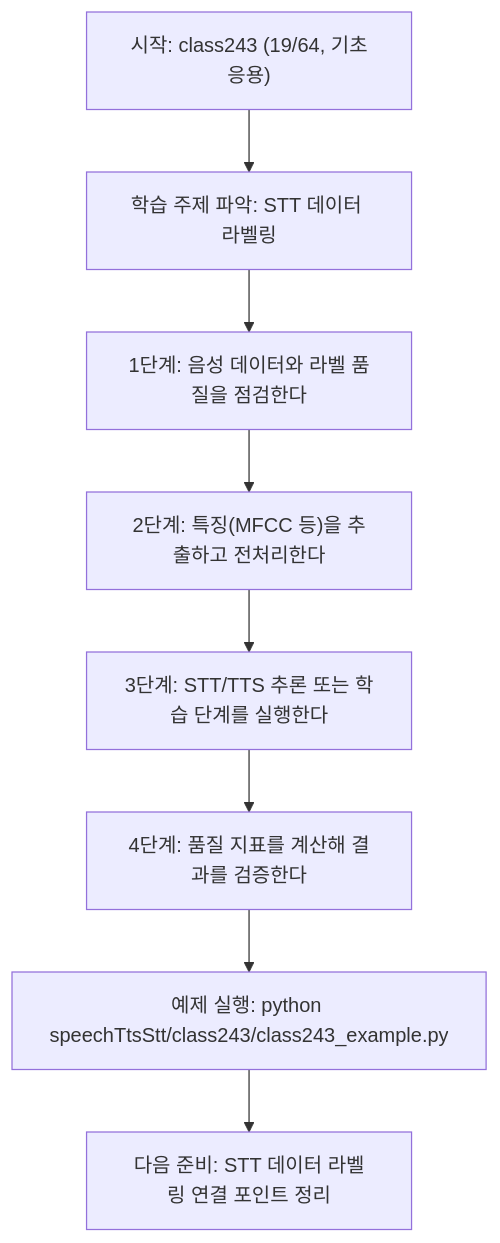
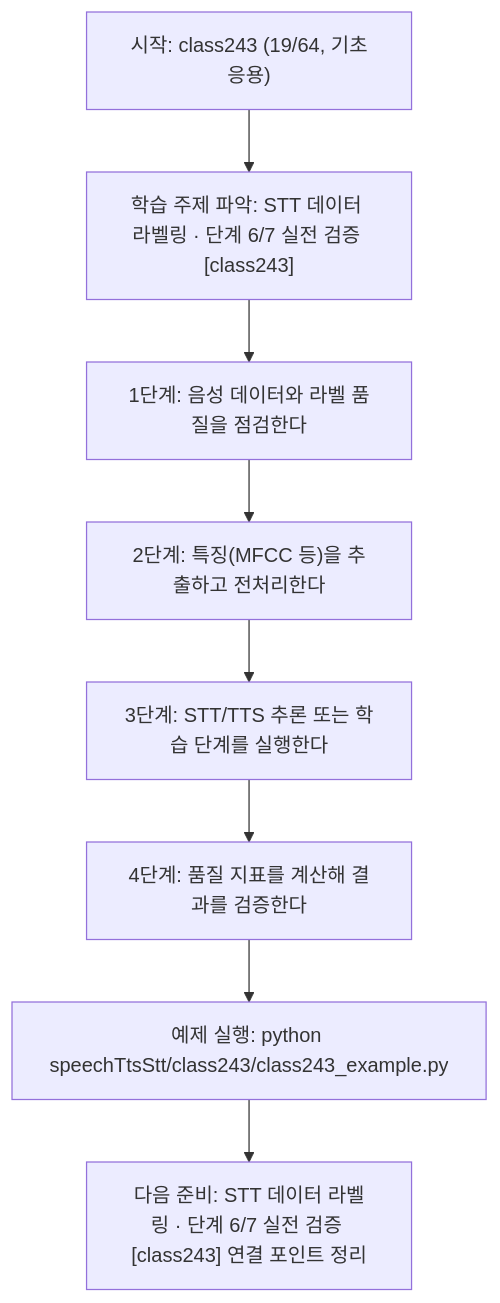
The diagram in speechTtsStt/class243/class243.md (edumgt/Python-AI_Agent-Class), drawn with Mermaid before and after one commit. The commit also changed other lines of this file and 522 other files, not shown here.

````diff
--- a/speechTtsStt/class243/class243.md
+++ b/speechTtsStt/class243/class243.md
@@ -113,18 +114,18 @@
 ```mermaid
 flowchart TD
 N1["시작: class243 (19/64, 기초응용)"]
-N2["학습 주제 파악: STT 데이터 라벨링"]
+N2["학습 주제 파악: STT 데이터 라벨링 · 단계 6/7 실전 검증 [class243]"]
 N3["1단계: 음성 데이터와 라벨 품질을 점검한다"]
 N4["2단계: 특징(MFCC 등)을 추출하고 전처리한다"]
 N5["3단계: STT/TTS 추론 또는 학습 단계를 실행한다"]
 N6["4단계: 품질 지표를 계산해 결과를 검증한다"]
 N7["예제 실행: python speechTtsStt/class243/class243_example.py"]
-N8["다음 준비: STT 데이터 라벨링 연결 포인트 정리"]
+N8["다음 준비: STT 데이터 라벨링 · 단계 6/7 실전 검증 [class243] 연결 포인트 정리"]
 N1 --> N2
 N2 --> N3
 N3 --> N4
 N4 --> N5
 N5 --> N6
 N6 --> N7
 N7 --> N8
 ```
````
